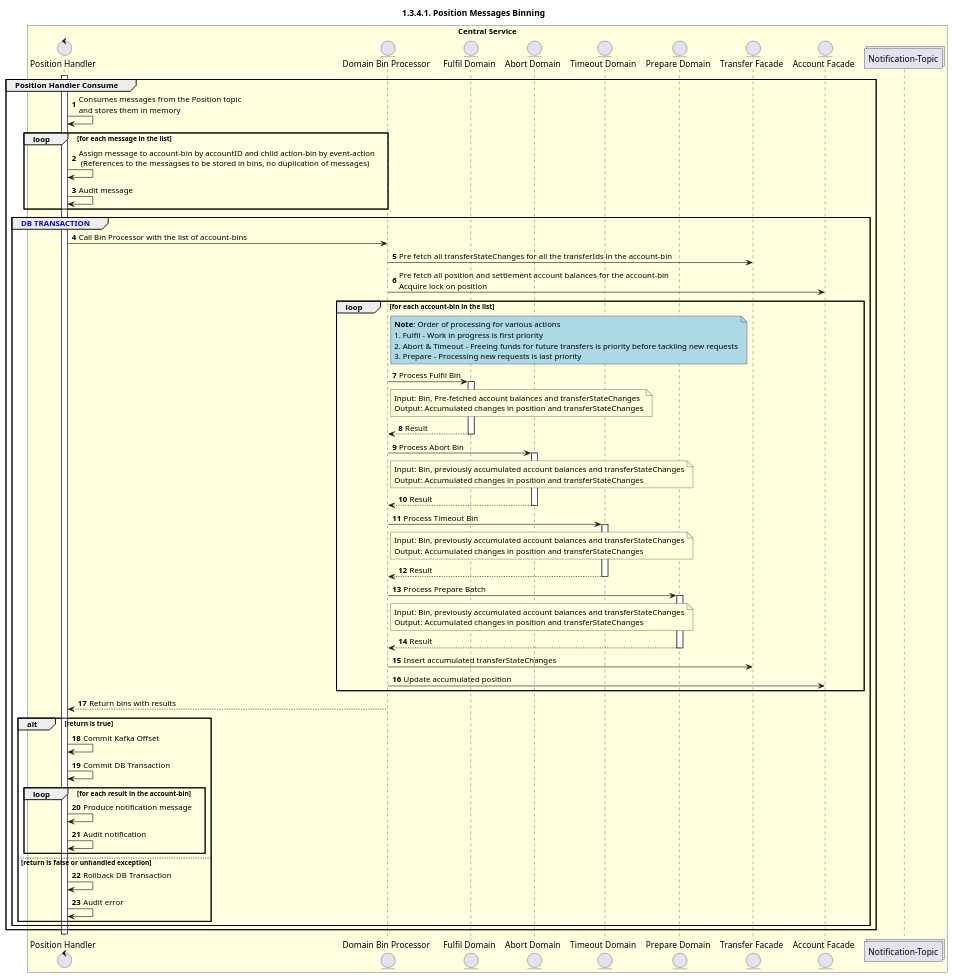
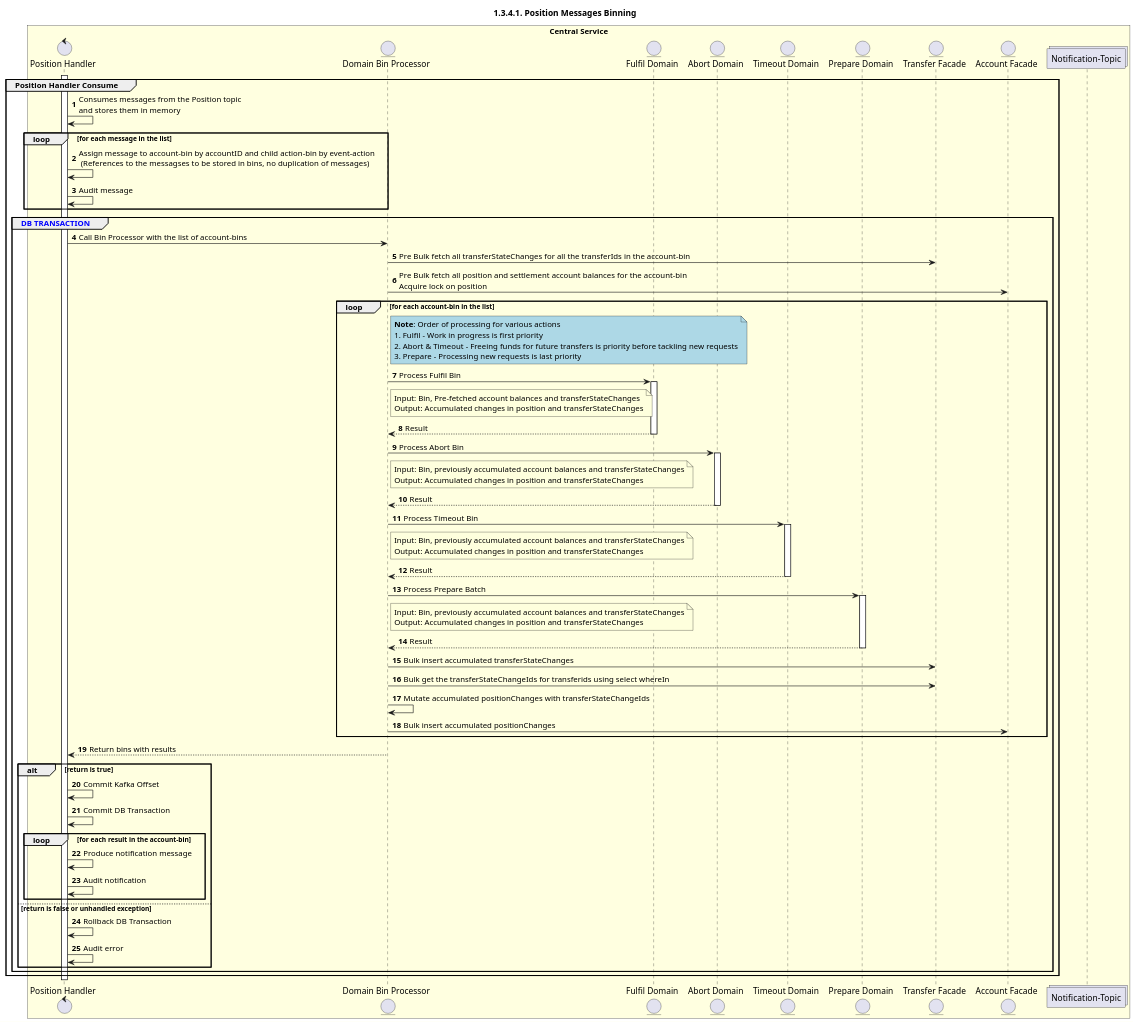
Before and after one commit to mojaloop/documentation: the diagram in docs/technical/central-ledger/assets/diagrams/sequence/seq-position-1.3.4.1-binning.plantuml, drawn with PlantUML. The commit also changed 9 other files, not shown here.

Commit message:
feat: refined seq diagrams

```diff
--- a/docs/technical/central-ledger/assets/diagrams/sequence/seq-position-1.3.4.1-binning.plantuml
+++ b/docs/technical/central-ledger/assets/diagrams/sequence/seq-position-1.3.4.1-binning.plantuml
@@ -26,116 +26,118 @@
 @startuml
 ' declate title
 title 1.3.4.1. Position Messages Binning
 
 autonumber
 
 ' Actor Keys:
 '   boundary - APIs/Interfaces, etc
 '   collections - Kafka Topics
 '   control - Kafka Consumers
 '   entity - Database Access Objects
 '   database - Database Persistence Store
 
 ' declare actors
 control "Position Handler" as POS_HANDLER
 
 entity "Domain Bin Processor" as BIN_PROCESSOR
 entity "Prepare Domain" as DOMAIN_PREPARE
 entity "Fulfil Domain" as DOMAIN_FULFIL
 entity "Abort Domain" as DOMAIN_ABORT
 entity "Timeout Domain" as DOMAIN_TIMEOUT
 entity "Transfer Facade" as FACADE_TRANSFER
 entity "Account Facade" as FACADE_ACCOUNT
 collections "Notification-Topic" as TOPIC_NOTIFICATIONS
 ' database "Central Store" as DB
 
 box "Central Service" #LightYellow
     participant POS_HANDLER
     participant BIN_PROCESSOR
     participant DOMAIN_FULFIL
     participant DOMAIN_ABORT
     participant DOMAIN_TIMEOUT
     participant DOMAIN_PREPARE
     participant FACADE_TRANSFER
     participant FACADE_ACCOUNT
     ' participant DB
     participant TOPIC_NOTIFICATIONS
 end box
 
 ' start flow
 activate POS_HANDLER
 group Position Handler Consume
     POS_HANDLER -> POS_HANDLER: Consumes messages from the Position topic \nand stores them in memory
     loop for each message in the list
         POS_HANDLER -> POS_HANDLER: Assign message to account-bin by accountID and child action-bin by event-action\n (References to the messagses to be stored in bins, no duplication of messages)
         POS_HANDLER -> POS_HANDLER: Audit message
     end
     group <color #blue>DB TRANSACTION</color>
         POS_HANDLER -> BIN_PROCESSOR: Call Bin Processor with the list of account-bins
         
-        BIN_PROCESSOR -> FACADE_TRANSFER: Pre fetch all transferStateChanges for all the transferIds in the account-bin
-        BIN_PROCESSOR -> FACADE_ACCOUNT: Pre fetch all position and settlement account balances for the account-bin\nAcquire lock on position
+        BIN_PROCESSOR -> FACADE_TRANSFER: Pre Bulk fetch all transferStateChanges for all the transferIds in the account-bin
+        BIN_PROCESSOR -> FACADE_ACCOUNT: Pre Bulk fetch all position and settlement account balances for the account-bin\nAcquire lock on position
 
         loop for each account-bin in the list
             note right of BIN_PROCESSOR #lightblue
                 **Note**: Order of processing for various actions
                 1. Fulfil - Work in progress is first priority
                 2. Abort & Timeout - Freeing funds for future transfers is priority before tackling new requests
                 3. Prepare - Processing new requests is last priority
             end note
 
             BIN_PROCESSOR -> DOMAIN_FULFIL: Process Fulfil Bin
             note right of BIN_PROCESSOR
                 Input: Bin, Pre-fetched account balances and transferStateChanges
                 Output: Accumulated changes in position and transferStateChanges
             end note
             activate DOMAIN_FULFIL
             DOMAIN_FULFIL --> BIN_PROCESSOR: Result
             deactivate DOMAIN_FULFIL
 
             BIN_PROCESSOR -> DOMAIN_ABORT: Process Abort Bin
             note right of BIN_PROCESSOR
                 Input: Bin, previously accumulated account balances and transferStateChanges
                 Output: Accumulated changes in position and transferStateChanges
             end note
             activate DOMAIN_ABORT
             DOMAIN_ABORT --> BIN_PROCESSOR: Result
             deactivate DOMAIN_ABORT
 
             BIN_PROCESSOR -> DOMAIN_TIMEOUT: Process Timeout Bin
             note right of BIN_PROCESSOR
                 Input: Bin, previously accumulated account balances and transferStateChanges
                 Output: Accumulated changes in position and transferStateChanges
             end note
             activate DOMAIN_TIMEOUT
             DOMAIN_TIMEOUT --> BIN_PROCESSOR: Result
             deactivate DOMAIN_TIMEOUT
 
             BIN_PROCESSOR -> DOMAIN_PREPARE: Process Prepare Batch
             note right of BIN_PROCESSOR
                 Input: Bin, previously accumulated account balances and transferStateChanges
                 Output: Accumulated changes in position and transferStateChanges
             end note
             activate DOMAIN_PREPARE
             DOMAIN_PREPARE --> BIN_PROCESSOR: Result
             deactivate DOMAIN_PREPARE
-            BIN_PROCESSOR -> FACADE_TRANSFER: Insert accumulated transferStateChanges
-            BIN_PROCESSOR -> FACADE_ACCOUNT: Update accumulated position
+            BIN_PROCESSOR -> FACADE_TRANSFER: Bulk insert accumulated transferStateChanges
+            BIN_PROCESSOR -> FACADE_TRANSFER: Bulk get the transferStateChangeIds for transferids using select whereIn
+            BIN_PROCESSOR -> BIN_PROCESSOR: Mutate accumulated positionChanges with transferStateChangeIds
+            BIN_PROCESSOR -> FACADE_ACCOUNT: Bulk insert accumulated positionChanges
         end
         
         BIN_PROCESSOR --> POS_HANDLER: Return bins with results
         alt return is true
             POS_HANDLER -> POS_HANDLER: Commit Kafka Offset
             POS_HANDLER -> POS_HANDLER: Commit DB Transaction
             loop for each result in the account-bin
                 POS_HANDLER -> POS_HANDLER: Produce notification message
                 POS_HANDLER -> POS_HANDLER: Audit notification
             end
         else return is false or unhandled exception
             POS_HANDLER -> POS_HANDLER: Rollback DB Transaction
             POS_HANDLER -> POS_HANDLER: Audit error
         end
     end
 end
 deactivate POS_HANDLER
 @enduml
```
